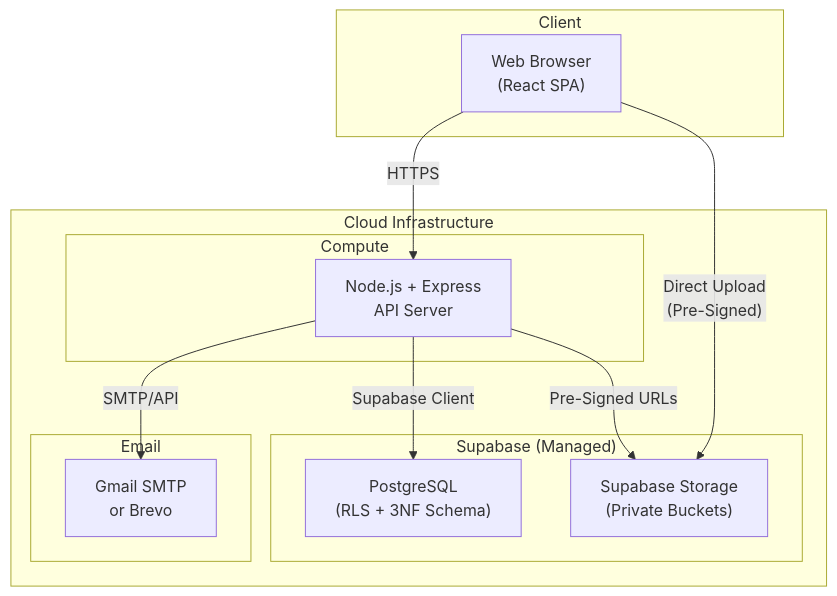
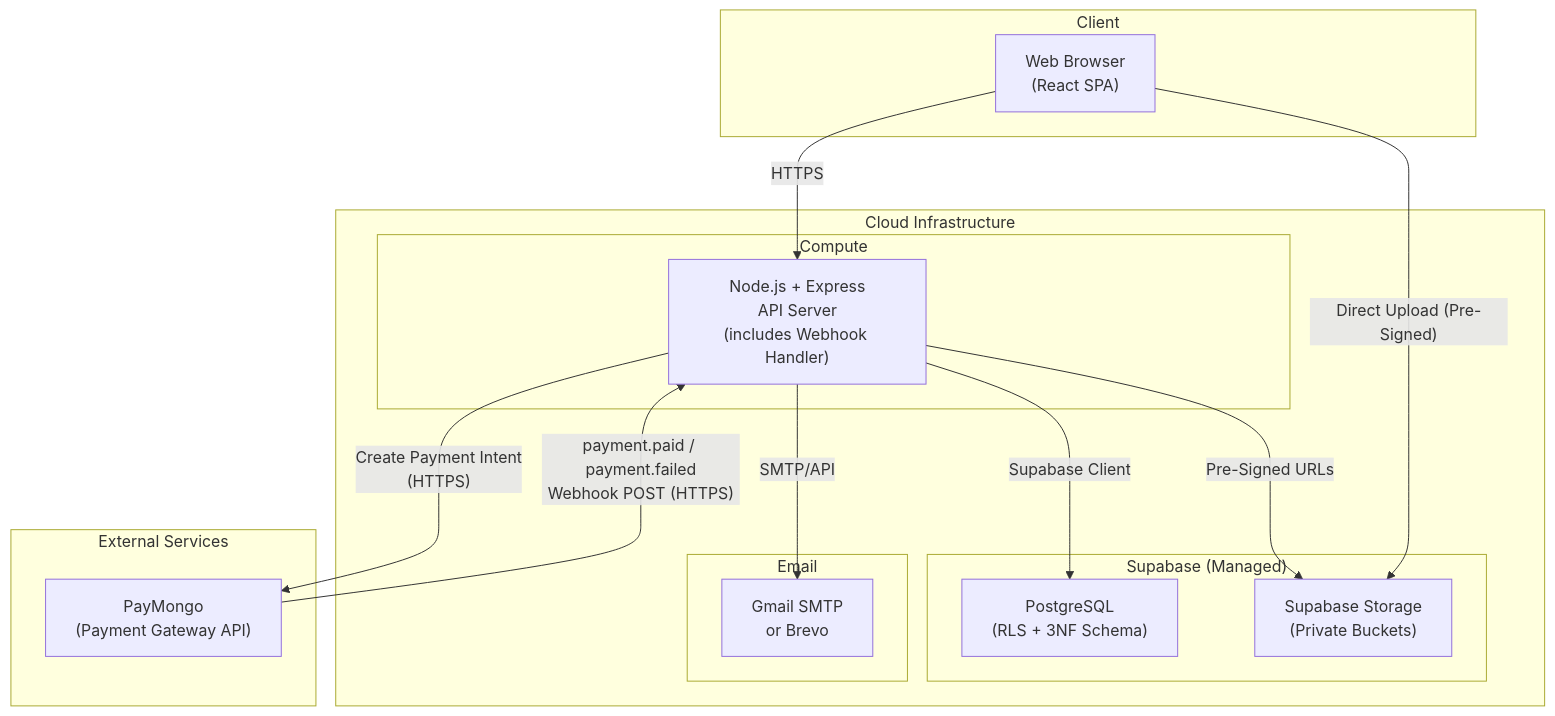
One commit to albuerocedrick/ebpls changed the sixth of 6 diagrams in system-planning/eBPLS_System_Architecture.md. Above: the diagram before and after it, drawn with Mermaid. The commit also changed other lines of this file and 3 other files, not shown here.

````diff
--- a/system-planning/eBPLS_System_Architecture.md
+++ b/system-planning/eBPLS_System_Architecture.md
@@ -448,25 +492,31 @@
 ```mermaid
 graph TB
     subgraph "Client"
         BR["Web Browser<br/>(React SPA)"]
     end
 
     subgraph "Cloud Infrastructure"
         subgraph "Compute"
-            API["Node.js + Express<br/>API Server"]
+            API["Node.js + Express<br/>API Server<br/>(includes Webhook Handler)"]
         end
         subgraph "Supabase (Managed)"
             DB["PostgreSQL<br/>(RLS + 3NF Schema)"]
             ST["Supabase Storage<br/>(Private Buckets)"]
         end
         subgraph "Email"
             SMTP["Gmail SMTP<br/>or Brevo"]
         end
     end
 
+    subgraph "External Services"
+        PM["PayMongo<br/>(Payment Gateway API)"]
+    end
+
     BR -->|"HTTPS"| API
     API -->|"Supabase Client"| DB
     API -->|"Pre-Signed URLs"| ST
     API -->|"SMTP/API"| SMTP
-    BR -->|"Direct Upload<br/>(Pre-Signed)"| ST
+    BR -->|"Direct Upload (Pre-Signed)"| ST
+    API -->|"Create Payment Intent<br/>(HTTPS)"| PM
+    PM -->|"payment.paid / payment.failed<br/>Webhook POST (HTTPS)"| API
 ```
````
